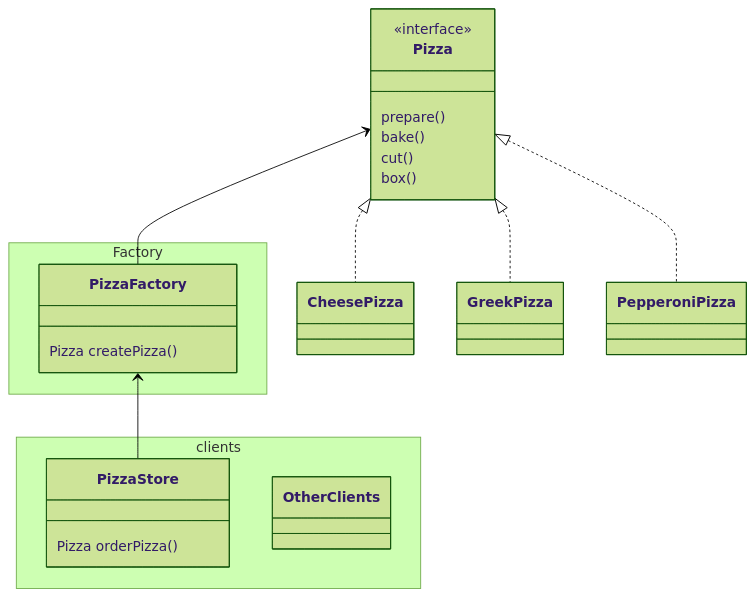
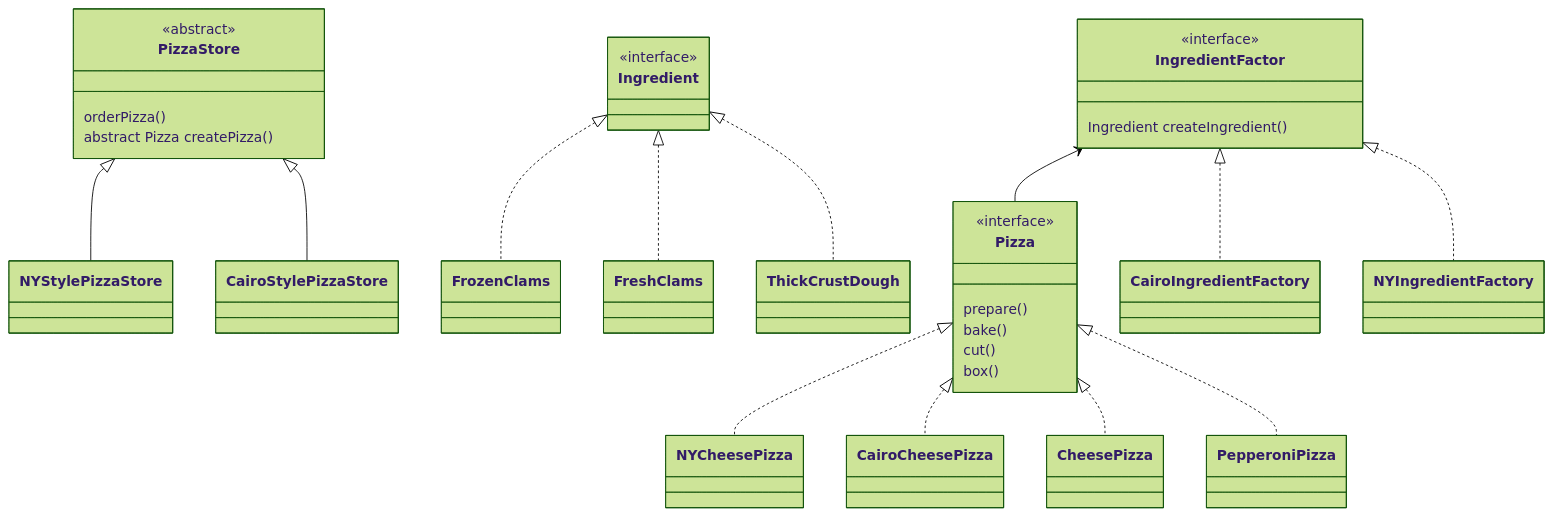
The diagram in src/PizzaStore/documentation/OOD.md (Ahmed101Mohammed/Design-Patterns), drawn with Mermaid (forest theme) before and after one commit. The commit also changed 11 other files, not shown here.

Commit message:
Implementing Factory Method Pattern for 'PizzaStore' example.

````diff
--- a/src/PizzaStore/documentation/OOD.md
+++ b/src/PizzaStore/documentation/OOD.md
@@ -1,34 +1,47 @@
 ```mermaid
 classDiagram
-
+IngredientFactor <-- Pizza
+Pizza <|.. NYCheesePizza
+Pizza <|.. CairoCheesePizza
 Pizza <|.. CheesePizza
-Pizza <|.. GreekPizza
 Pizza <|.. PepperoniPizza
 
 class Pizza {
   <<interface>>
   prepare()
   bake()
   cut()
   box()
 }
 
-class PizzaFactory {
-  Pizza createPizza()
-}
-namespace Factory {
-  class PizzaFactory
-}
-Pizza <-- PizzaFactory
+%% ---
+
+PizzaStore <|-- NYStylePizzaStore 
+PizzaStore <|-- CairoStylePizzaStore
 
 class PizzaStore {
-  Pizza orderPizza()
-}
-namespace clients {
-  class PizzaStore
-  class OtherClients
+  <<abstract>>
+
+  orderPizza()
+  abstract Pizza createPizza()
 }
 
-PizzaFactory <-- PizzaStore
+%% ---
 
+Ingredient <|.. FrozenClams
+Ingredient <|.. FreshClams
+Ingredient <|.. ThickCrustDough
+
+class Ingredient {
+  <<interface>>
+}
+%% ---
+IngredientFactor <|.. CairoIngredientFactory
+IngredientFactor <|.. NYIngredientFactory
+
+class IngredientFactor{
+  <<interface>>
+
+  Ingredient createIngredient()
+}
 ```
````
